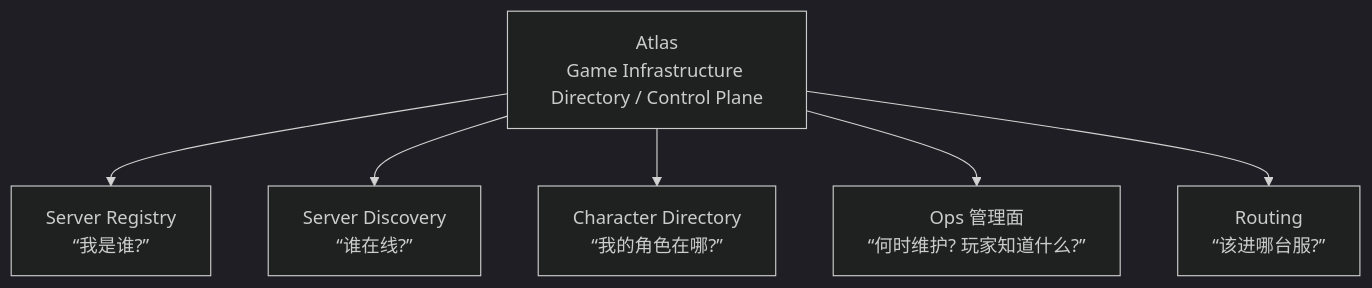
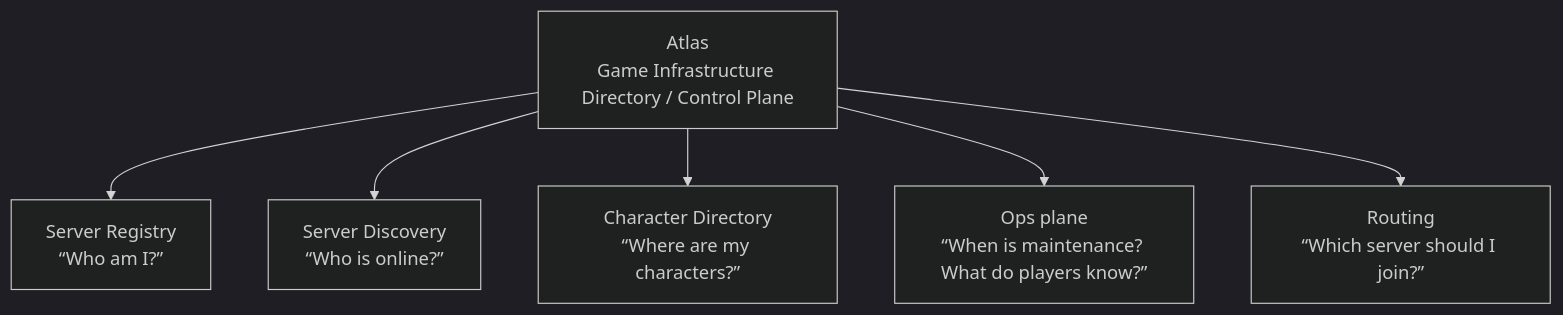
Before and after one commit to cuihairu/atlas: the diagram in docs/roadmap.md, drawn with Mermaid (dark theme). The commit also changed other lines of this file and 3 other files, not shown here.

````diff
--- a/docs/roadmap.md
+++ b/docs/roadmap.md
@@ -8,8 +8,8 @@
 ```mermaid
 flowchart TB
-    A["Atlas<br/>Game Infrastructure Directory / Control Plane"] --> R["Server Registry<br/>“我是谁?”"]
-    A --> D["Server Discovery<br/>“谁在线?”"]
-    A --> C["Character Directory<br/>“我的角色在哪?”"]
-    A --> O["Ops 管理面<br/>“何时维护? 玩家知道什么?”"]
-    A --> T["Routing<br/>“该进哪台服?”"]
+    A["Atlas<br/>Game Infrastructure Directory / Control Plane"] --> R["Server Registry<br/>“Who am I?”"]
+    A --> D["Server Discovery<br/>“Who is online?”"]
+    A --> C["Character Directory<br/>“Where are my characters?”"]
+    A --> O["Ops plane<br/>“When is maintenance? What do players know?”"]
+    A --> T["Routing<br/>“Which server should I join?”"]
 ```
````
